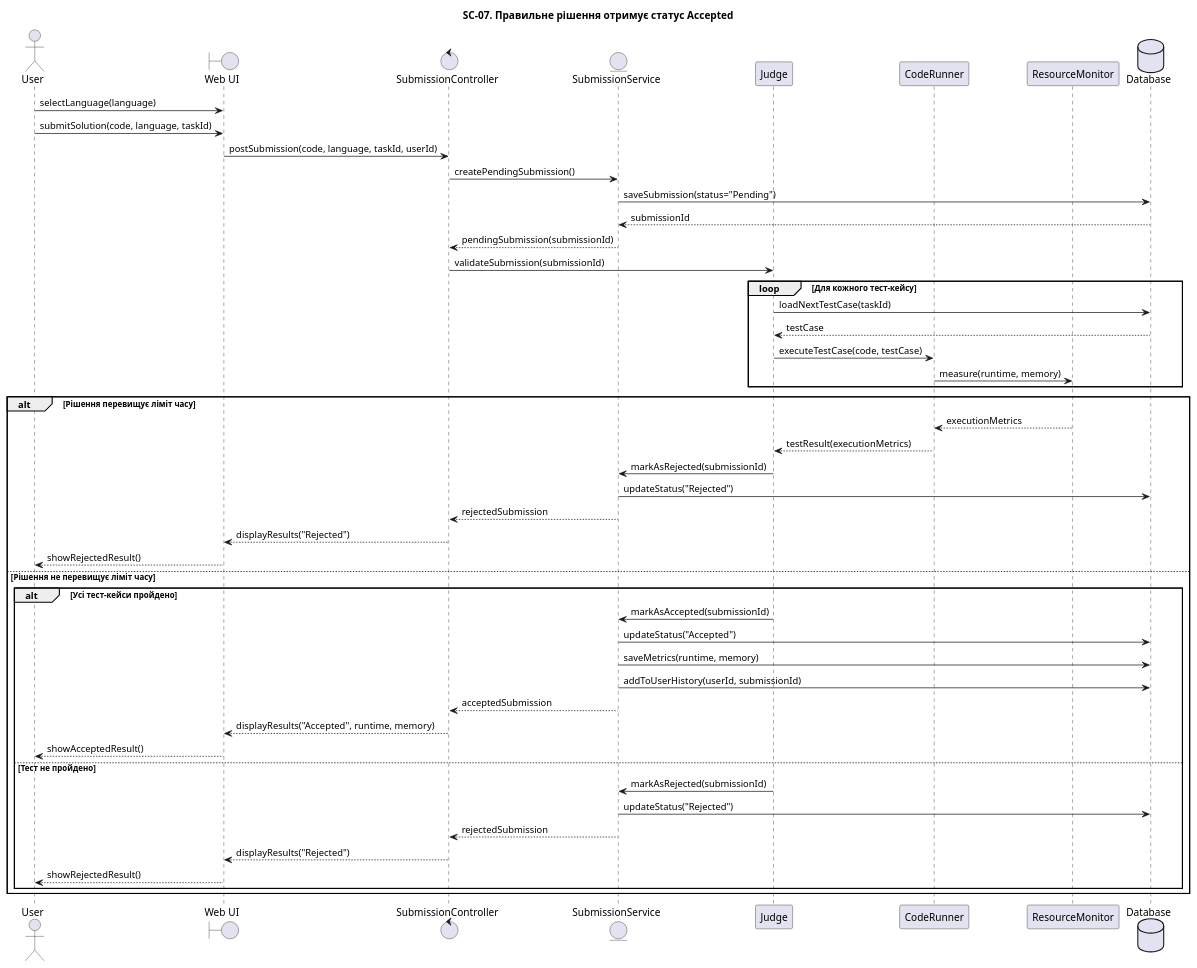
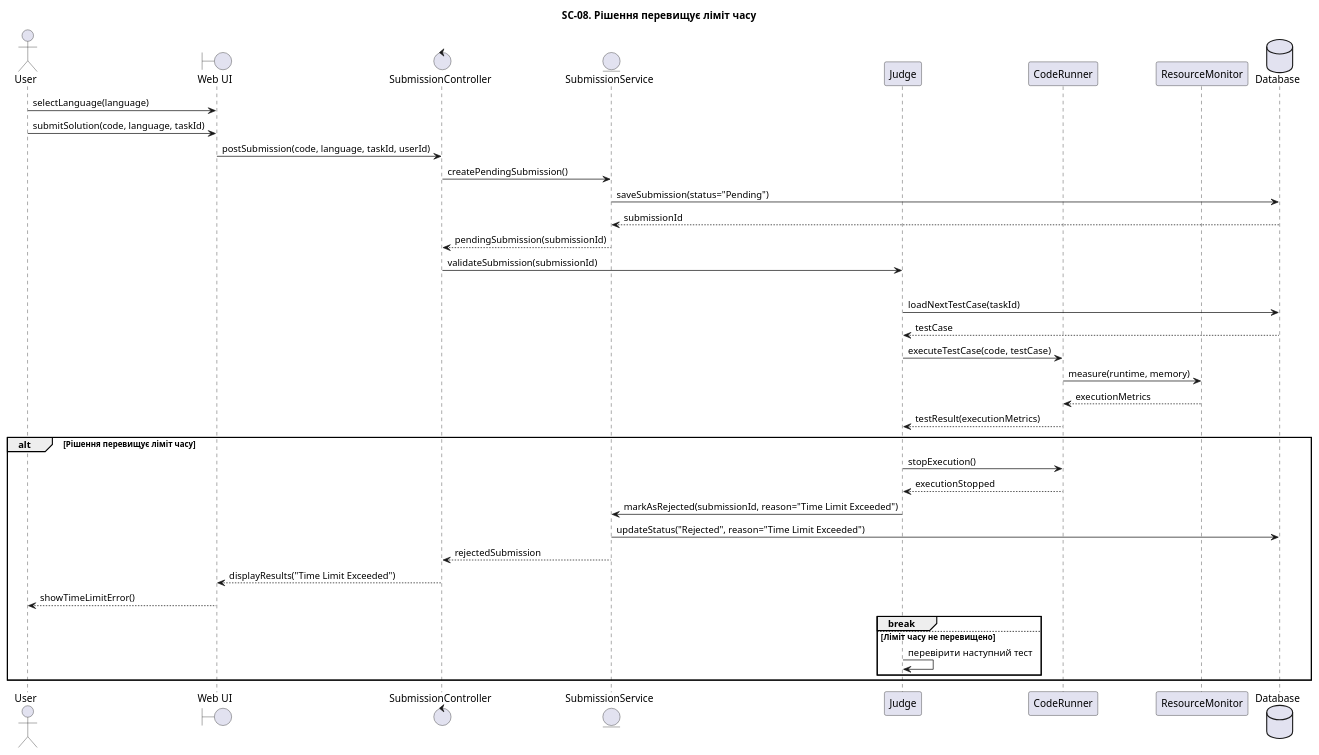
The diagram in lab3/sequence/SC-08.puml (Cammp3r/KPI-2-LABS), drawn with PlantUML before and after one commit. The commit also changed 3 other files, not shown here.

```diff
--- a/lab3/sequence/SC-08.puml
+++ b/lab3/sequence/SC-08.puml
@@ -1,57 +1,46 @@
 @startuml
-title SC-07. Правильне рішення отримує статус Accepted
+title SC-08. Рішення перевищує ліміт часу
 
 actor "User" as User
 boundary "Web UI" as UI
 control "SubmissionController" as Controller
 entity "SubmissionService" as SubmissionService
 participant "Judge" as Judge
 participant "CodeRunner" as Runner
 participant "ResourceMonitor" as Metrics
 database "Database" as DB
 
 User -> UI: selectLanguage(language)
 User -> UI: submitSolution(code, language, taskId)
 UI -> Controller: postSubmission(code, language, taskId, userId)
 
 Controller -> SubmissionService: createPendingSubmission()
 SubmissionService -> DB: saveSubmission(status="Pending")
 DB --> SubmissionService: submissionId
 SubmissionService --> Controller: pendingSubmission(submissionId)
 Controller -> Judge: validateSubmission(submissionId)
 
 loop Для кожного тест-кейсу
     Judge -> DB: loadNextTestCase(taskId)
     DB --> Judge: testCase
     Judge -> Runner: executeTestCase(code, testCase)
     Runner -> Metrics: measure(runtime, memory)
-end
-
-alt Рішення перевищує ліміт часу
     Metrics --> Runner: executionMetrics
     Runner --> Judge: testResult(executionMetrics)
-    Judge -> SubmissionService: markAsRejected(submissionId)
-    SubmissionService -> DB: updateStatus("Rejected")
-    SubmissionService --> Controller: rejectedSubmission
-    Controller --> UI: displayResults("Rejected")
-    UI --> User: showRejectedResult()
-else Рішення не перевищує ліміт часу
-alt Усі тест-кейси пройдено
-    Judge -> SubmissionService: markAsAccepted(submissionId)
-    SubmissionService -> DB: updateStatus("Accepted")
-    SubmissionService -> DB: saveMetrics(runtime, memory)
-    SubmissionService -> DB: addToUserHistory(userId, submissionId)
-    SubmissionService --> Controller: acceptedSubmission
-    Controller --> UI: displayResults("Accepted", runtime, memory)
-    UI --> User: showAcceptedResult()
-else Тест не пройдено
-    Judge -> SubmissionService: markAsRejected(submissionId)
-    SubmissionService -> DB: updateStatus("Rejected")
-    SubmissionService --> Controller: rejectedSubmission
-    Controller --> UI: displayResults("Rejected")
-    UI --> User: showRejectedResult()
-end
+
+    alt Рішення перевищує ліміт часу
+        Judge -> Runner: stopExecution()
+        Runner --> Judge: executionStopped
+        Judge -> SubmissionService: markAsRejected(submissionId, reason="Time Limit Exceeded")
+        SubmissionService -> DB: updateStatus("Rejected", reason="Time Limit Exceeded")
+        SubmissionService --> Controller: rejectedSubmission
+        Controller --> UI: displayResults("Time Limit Exceeded")
+        UI --> User: showTimeLimitError()
+        break
+    else Ліміт часу не перевищено
+        Judge -> Judge: перевірити наступний тест
+    end
 end
 
 
 @enduml
```
